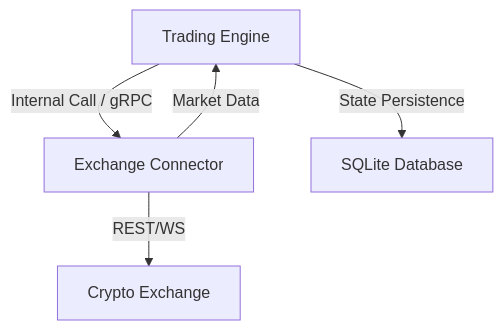
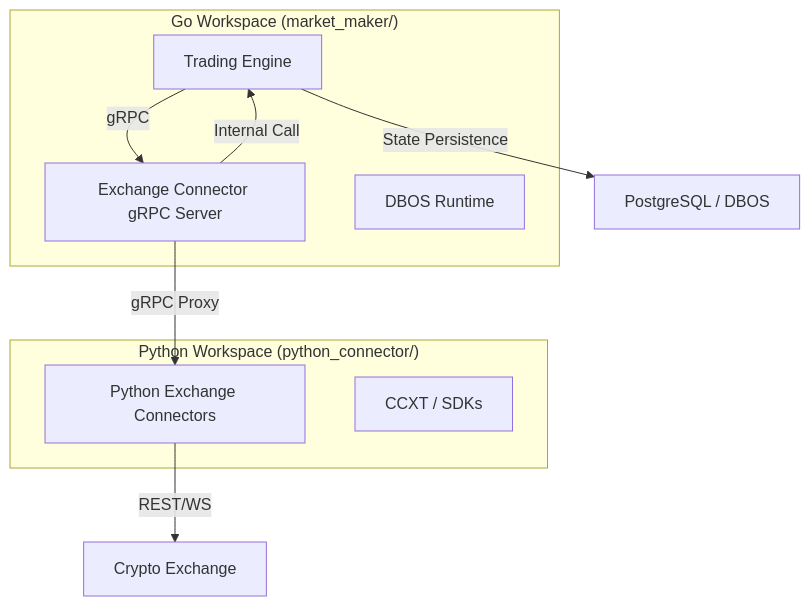
One commit to tommy-ca/opensqt_market_maker changed the first of 2 diagrams in docs/specs/design.md. Above: the diagram before and after it, drawn with Mermaid. The commit also changed other lines of this file and 50 other files, not shown here.

````diff
--- a/docs/specs/design.md
+++ b/docs/specs/design.md
@@ -7,7 +7,17 @@
 ```mermaid
 graph TD
-    A[Trading Engine] -->|Internal Call / gRPC| B[Exchange Connector]
-    B -->|REST/WS| C[Crypto Exchange]
-    A -->|State Persistence| D[SQLite Database]
-    B -->|Market Data| A
+    subgraph "Go Workspace (market_maker/)"
+        A[Trading Engine]
+        B[Exchange Connector gRPC Server]
+        E[DBOS Runtime]
+    end
+    subgraph "Python Workspace (python_connector/)"
+        C[Python Exchange Connectors]
+        F[CCXT / SDKs]
+    end
+    A -->|gRPC| B
+    B -->|Internal Call| A
+    B -->|gRPC Proxy| C
+    C -->|REST/WS| D[Crypto Exchange]
+    A -->|State Persistence| G[PostgreSQL / DBOS]
 ```
````
